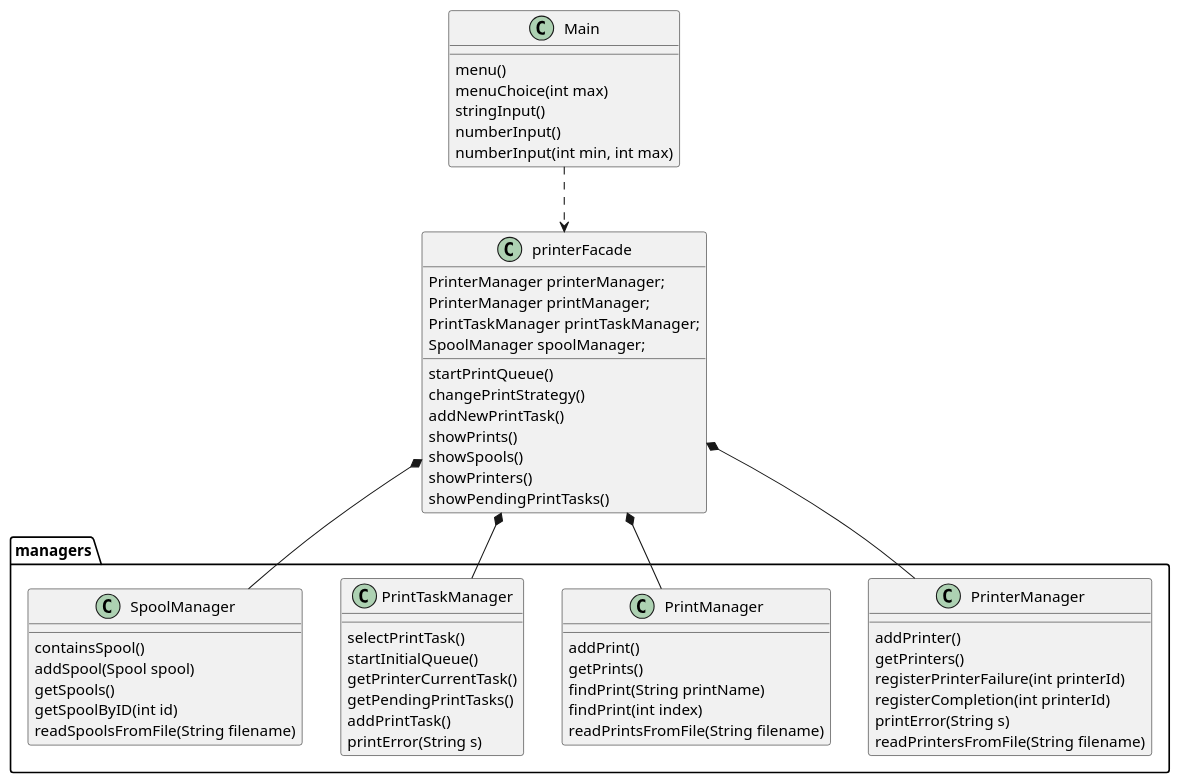
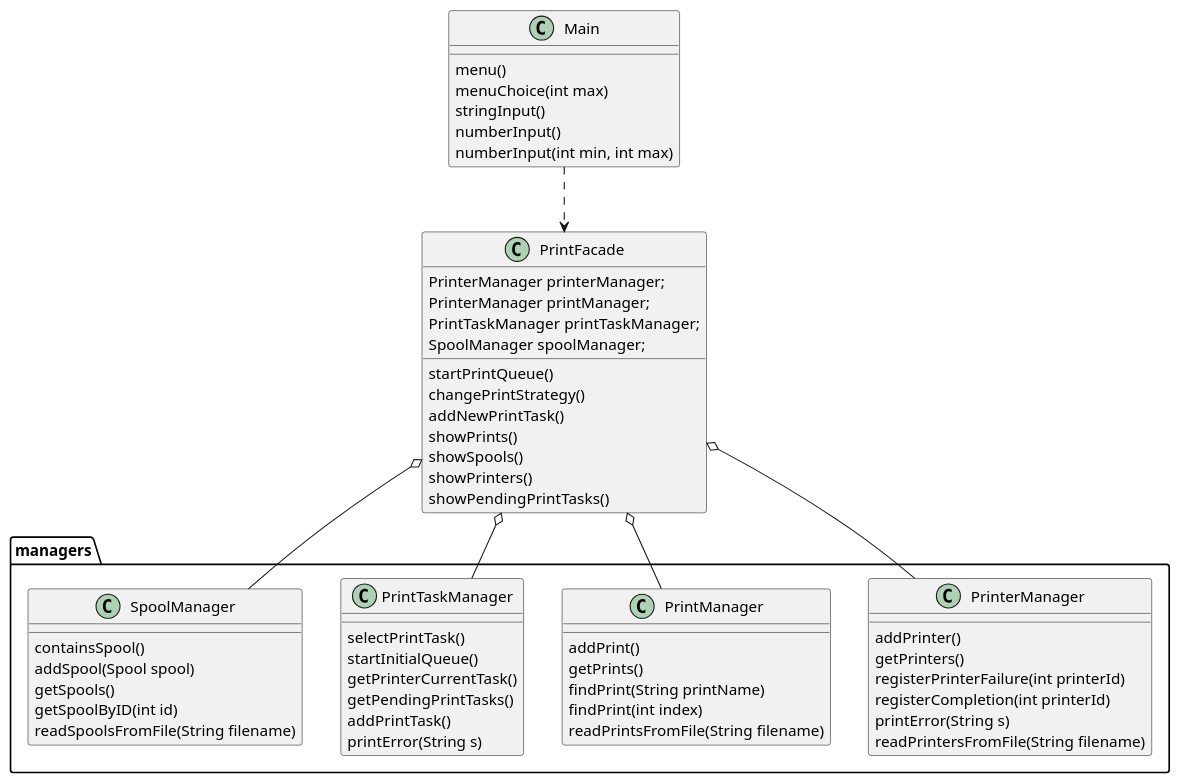
One commit to hann-xq/system-design changed the diagram in src/main/diagrams/SOLID_S-after.puml. Above: the diagram before and after it, drawn with PlantUML. The commit also changed 16 other files, not shown here.

Commit message:
added diagrams + more refactoring

```diff
--- a/src/main/diagrams/SOLID_S-after.puml
+++ b/src/main/diagrams/SOLID_S-after.puml
@@ -1,73 +1,73 @@
 @startuml
 'https://plantuml.com/class-diagram
 skinparam classAttributeIconSize 0
 
-Main ..> printerFacade
+Main ..> PrintFacade
 
 
 class Main {
     menu()
     menuChoice(int max)
     stringInput()
     numberInput()
     numberInput(int min, int max)
 }
 
-class printerFacade {
+class PrintFacade {
     PrinterManager printerManager;
     PrinterManager printManager;
     PrintTaskManager printTaskManager;
     SpoolManager spoolManager;
 
     startPrintQueue()
     changePrintStrategy()
     addNewPrintTask()
     showPrints()
     showSpools()
     showPrinters()
     showPendingPrintTasks()
 
 }
 
 package managers {
-printerFacade *-- PrinterManager
-printerFacade *-- PrintManager
-printerFacade *-- PrintTaskManager
-printerFacade *-- SpoolManager
+PrintFacade o-- PrinterManager
+PrintFacade o-- PrintManager
+PrintFacade o-- PrintTaskManager
+PrintFacade o-- SpoolManager
     class PrinterManager {
         addPrinter()
         getPrinters()
         registerPrinterFailure(int printerId)
         registerCompletion(int printerId)
         printError(String s)
         readPrintersFromFile(String filename)
     }
 
     class PrintManager {
         addPrint()
         getPrints()
         findPrint(String printName)
         findPrint(int index)
         readPrintsFromFile(String filename)
     }
 
     class PrintTaskManager {
         selectPrintTask()
         startInitialQueue()
         getPrinterCurrentTask()
         getPendingPrintTasks()
         addPrintTask()
         printError(String s)
     }
 
     class SpoolManager {
         containsSpool()
         addSpool(Spool spool)
         getSpools()
         getSpoolByID(int id)
         readSpoolsFromFile(String filename)
     }
 }
 
 
 @enduml
```
